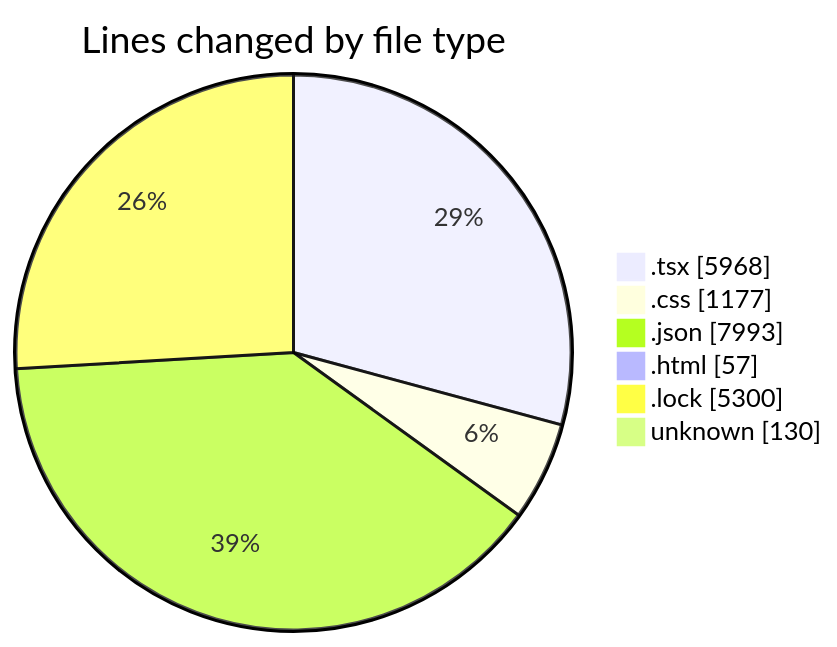
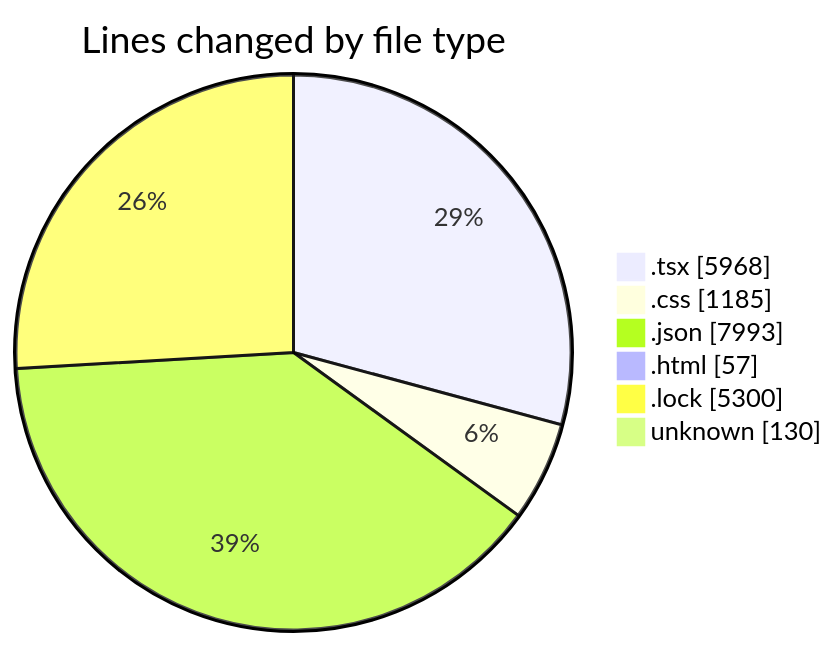
Before and after one commit to EIIisD/code-tracking: the first of 2 diagrams in 2025-08-12/ribbon/README.md, drawn with Mermaid. The commit also changed other lines of this file and 1 other file, not shown here.

````diff
--- a/2025-08-12/ribbon/README.md
+++ b/2025-08-12/ribbon/README.md
@@ -45,10 +45,10 @@
 ```mermaid
 pie showData
 title Lines changed by file type
 ".tsx" : 5968
-".css" : 1177
+".css" : 1185
 ".json" : 7993
 ".html" : 57
 ".lock" : 5300
 "unknown" : 130
 ```
````
